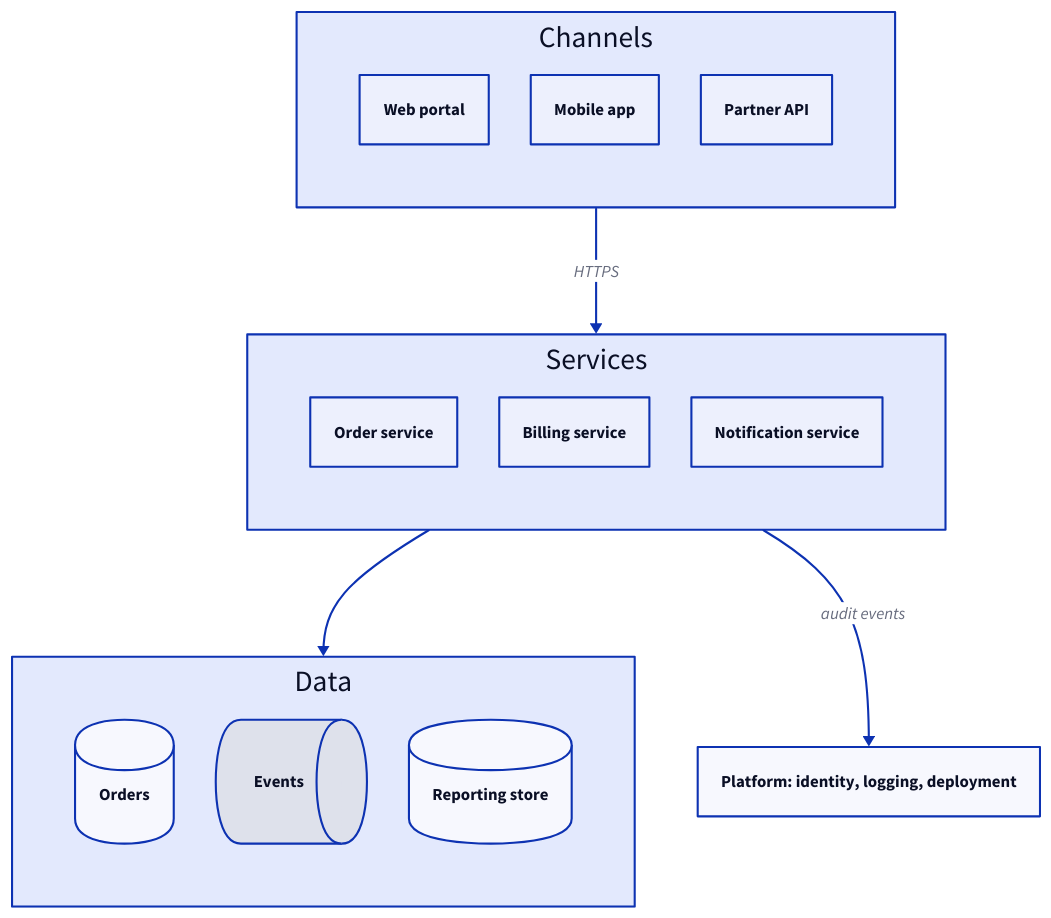
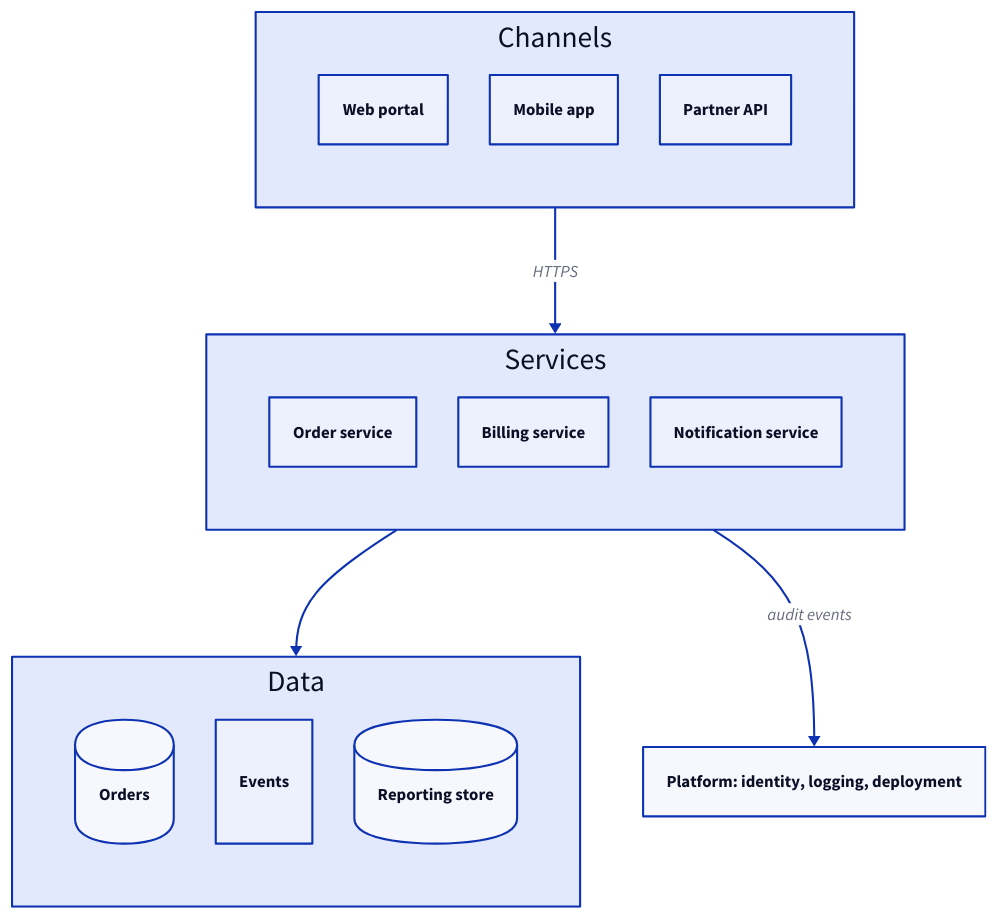
Before and after one commit to AnshulJ98/dotfiles: the first of 3 diagrams in agents/skills/html-docs-microsite/example/01-architecture/03-diagram-style.md, drawn with D2. The commit also changed 14 other files, not shown here.

Commit message:
feat(html-docs-microsite): add dark diagrams and syntax highlighting

````diff
--- a/agents/skills/html-docs-microsite/example/01-architecture/03-diagram-style.md
+++ b/agents/skills/html-docs-microsite/example/01-architecture/03-diagram-style.md
@@ -34,28 +34,28 @@
 ```d2
 direction: down
 channels: Channels {
   class: violet
   grid-rows: 1
   web: Web portal
   mobile: Mobile app
   partner: Partner API { class: external }
 }
 services: Services {
   class: blue
   grid-rows: 1
   orders: Order service
   billing: Billing service
   notify: Notification service { class: target }
 }
 data: Data {
   class: green
   grid-rows: 1
   db: Orders { shape: cylinder }
-  bus: Events { shape: queue }
+  bus: Events { class: queue }
   reports: Reporting store { shape: cylinder; class: target }
 }
 platform: "Platform: identity, logging, deployment" { class: grey }
 channels -> services: HTTPS
 services -> data
 services -> platform: audit events { class: async }
 ```
````
